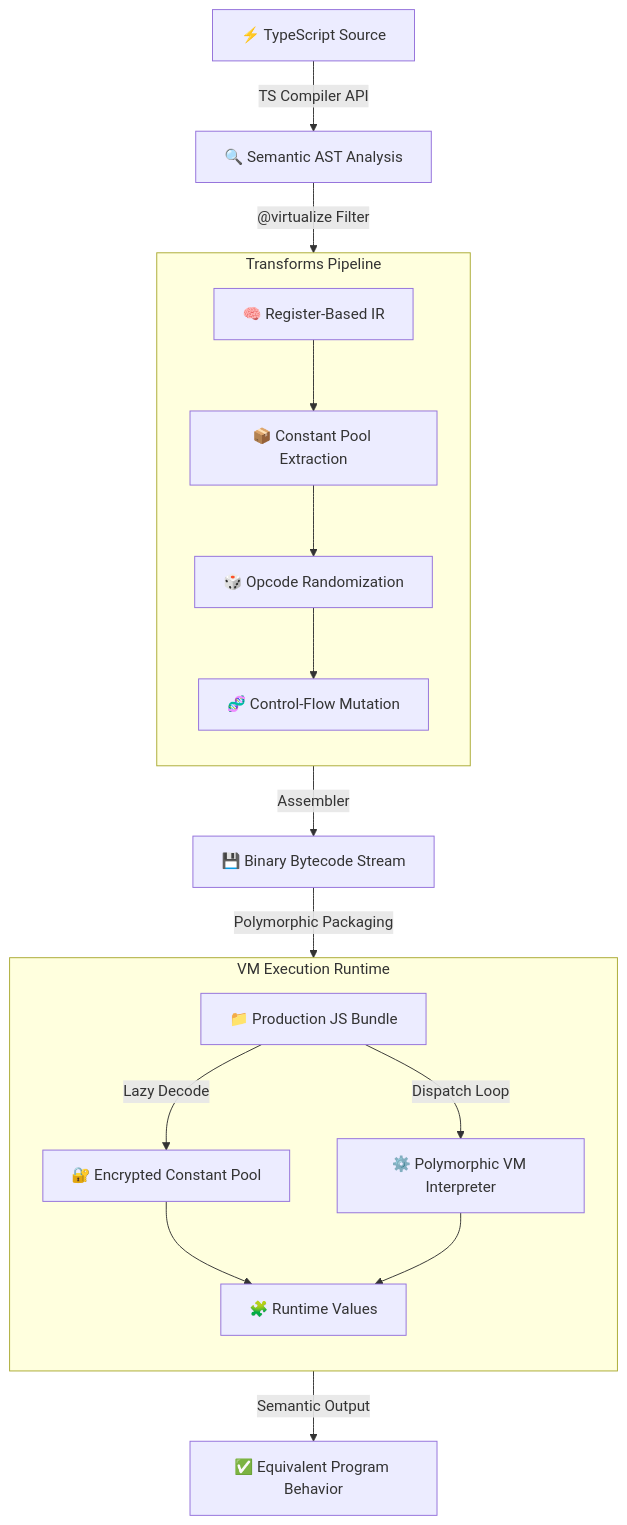
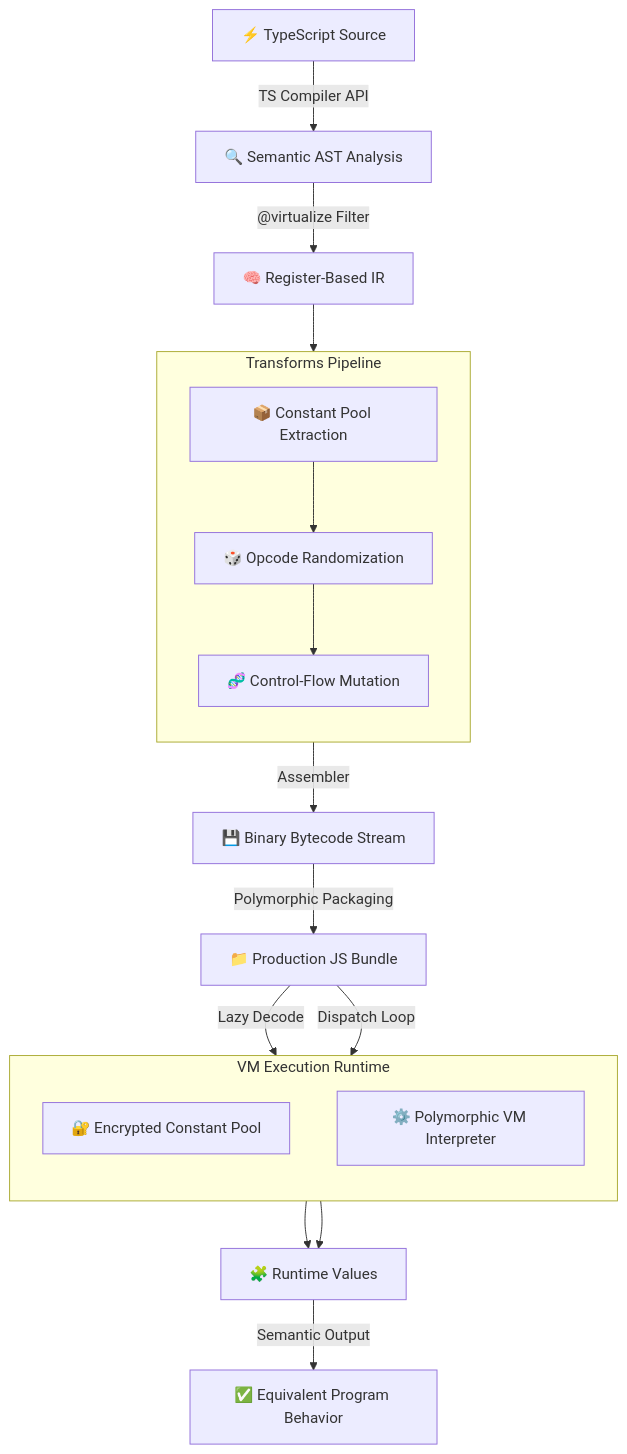
The diagram in README.md (Tr0ngX/ts-vm-obfuscator), drawn with Mermaid before and after one commit. The commit also changed 10 other files, not shown here.

First line of the commit message:
feat: Implement Polymorphic Threaded Dispatch VM & TEA tests

````diff
--- a/README.md
+++ b/README.md
@@ -37,26 +37,34 @@
 ```mermaid
 graph TD
 
     A["⚡ TypeScript Source"] -->|"TS Compiler API"| B["🔍 Semantic AST Analysis"]
     B -->|"@virtualize Filter"| C["🧠 Register-Based IR"]
 
     subgraph T["Transforms Pipeline"]
         direction TB
-        C --> D["📦 Constant Pool Extraction"]
-        D --> E["🎲 Opcode Randomization"]
-        E --> F["🧬 Control-Flow Mutation"]
+        T1["📦 Constant Pool Extraction"]
+        T2["🎲 Opcode Randomization"]
+        T3["🧬 Control-Flow Mutation"]
     end
+    
+    C --> T1
+    T1 --> T2
+    T2 --> T3
 
-    F -->|"Assembler"| G["💾 Binary Bytecode Stream"]
+    T3 -->|"Assembler"| G["💾 Binary Bytecode Stream"]
     G -->|"Polymorphic Packaging"| H["📁 Production JS Bundle"]
 
     subgraph R["VM Execution Runtime"]
         direction TB
-        H -->|"Lazy Decode"| I["🔐 Encrypted Constant Pool"]
-        H -->|"Dispatch Loop"| J["⚙️ Polymorphic VM Interpreter"]
-        I --> K["🧩 Runtime Values"]
-        J --> K
+        R1["🔐 Encrypted Constant Pool"]
+        R2["⚙️ Polymorphic VM Interpreter"]
     end
+    
+    H -->|"Lazy Decode"| R1
+    H -->|"Dispatch Loop"| R2
+    
+    R1 --> K["🧩 Runtime Values"]
+    R2 --> K
 
     K -->|"Semantic Output"| L["✅ Equivalent Program Behavior"]
 ```
````
